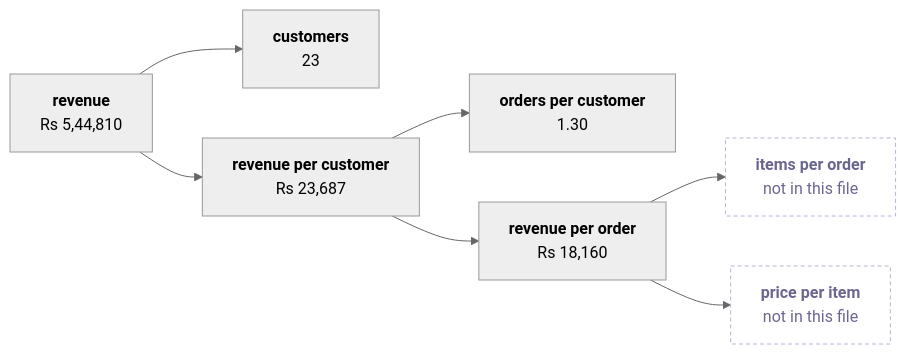
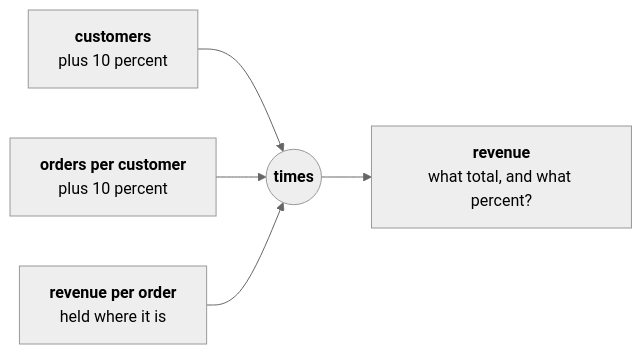
Before and after one commit to fde-academy-lab/c2-content-factory: the third of 11 diagrams in content/W01/D1/slides/C2_W01_D01_half2_STUDENT.md, drawn with Mermaid (neutral theme). The commit also changed other lines of this file and 1 other file, not shown here.

````diff
--- a/content/W01/D1/slides/C2_W01_D01_half2_STUDENT.md
+++ b/content/W01/D1/slides/C2_W01_D01_half2_STUDENT.md
@@ -226,11 +103,7 @@
 ```mermaid
 flowchart LR
-    R["<b>revenue</b><br/>Rs 5,44,810"] --> C["<b>customers</b><br/>23"]
-    R --> V["<b>revenue per customer</b><br/>Rs 23,687"]
-    V --> F["<b>orders per customer</b><br/>1.30"]
-    V --> O["<b>revenue per order</b><br/>Rs 18,160"]
-    O --> B["<b>items per order</b><br/>not in this file"]
-    O --> P["<b>price per item</b><br/>not in this file"]
-    classDef unknown fill:#FFFFFF,stroke:#B8B2D6,color:#6B6690,stroke-dasharray:4 3
-    class B,P unknown
+    C["<b>customers</b><br/>plus 10 percent"] --> X(("<b>times</b>"))
+    F["<b>orders per customer</b><br/>plus 10 percent"] --> X
+    V["<b>revenue per order</b><br/>held where it is"] --> X
+    X --> R["<b>revenue</b><br/>what total, and what percent?"]
 ```
````
